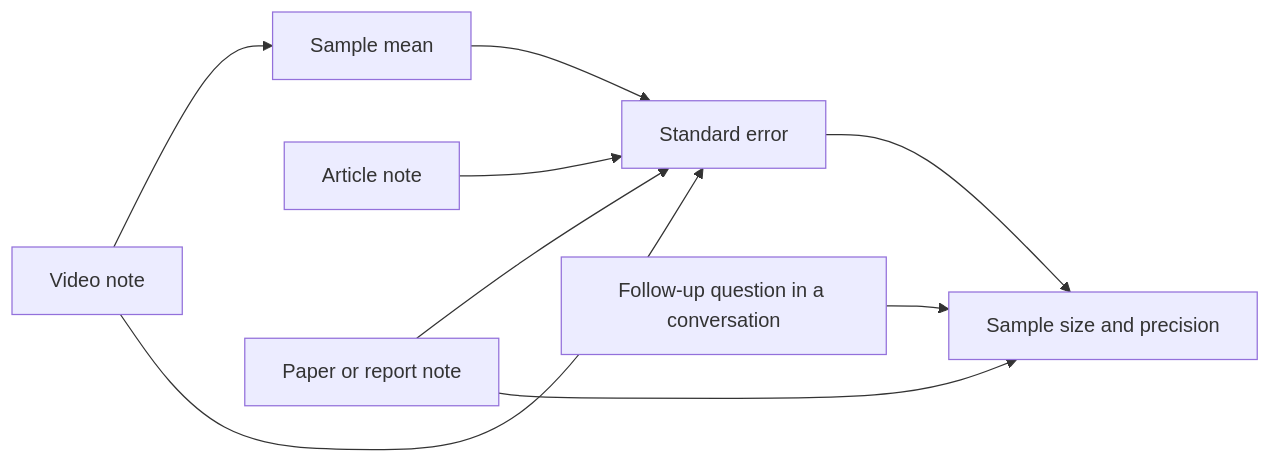
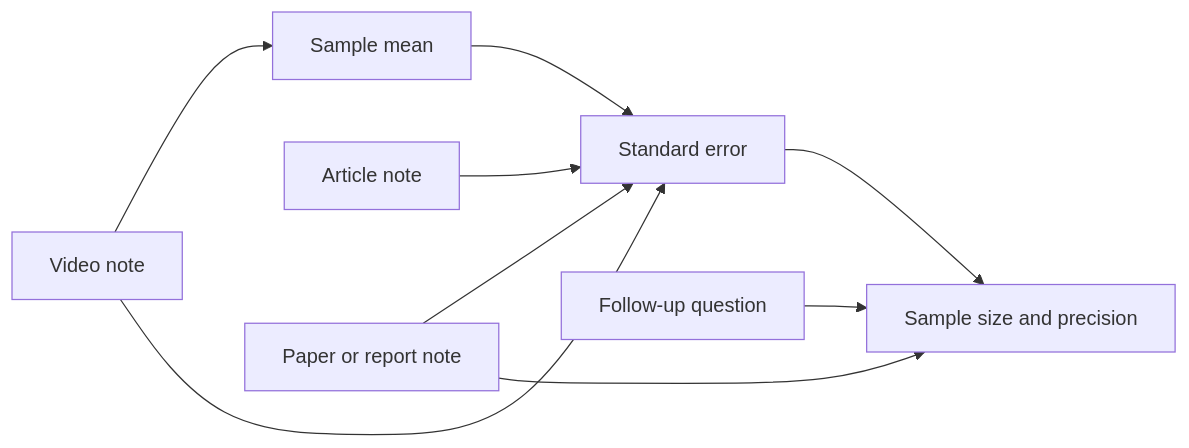
One commit to beetlespike/My-Second-Brain changed the diagram in README.en.md. Above: the diagram before and after it, drawn with Mermaid. The commit also changed other lines of this file and 18 other files, not shown here.

````diff
--- a/README.en.md
+++ b/README.en.md
@@ -19,11 +15,11 @@
 ```mermaid
 flowchart LR
     V["Video note"] --> A["Sample mean"]
     V --> B["Standard error"]
     T["Article note"] --> B
     P["Paper or report note"] --> B
     P --> C["Sample size and precision"]
-    Q["Follow-up question in a conversation"] --> C
+    Q["Follow-up question"] --> C
     A --> B
     B --> C
 ```
````
